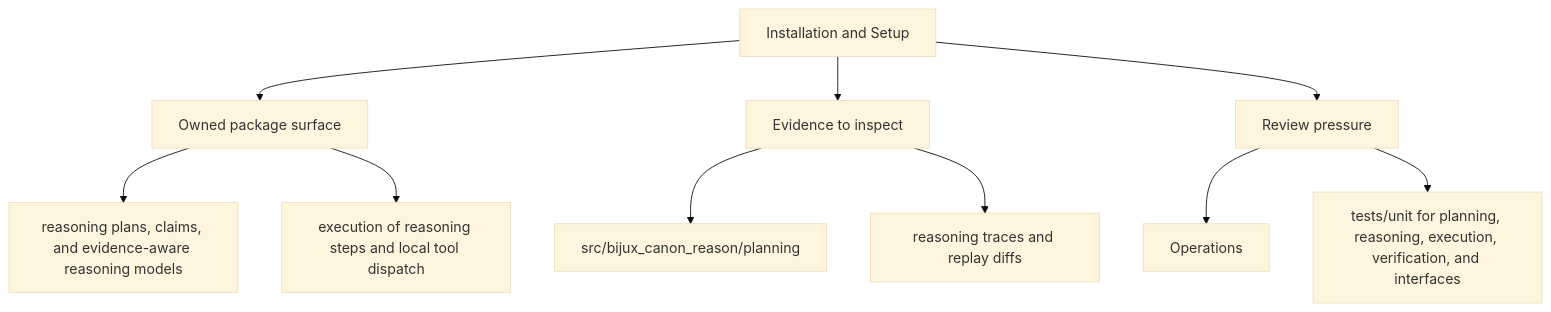
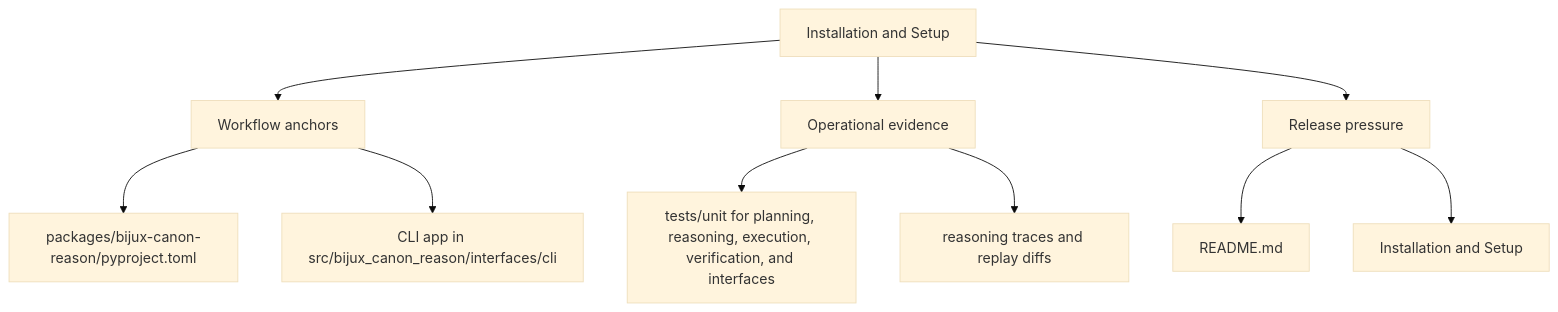
The second of 2 diagrams in docs/bijux-canon-reason/operations/installation-and-setup.md (bijux/bijux-canon), drawn with Mermaid (base theme) before and after one commit. The commit also changed other lines of this file and 250 other files, not shown here.

Commit message:
docs(diagrams): make product page maps more readable

````diff
--- a/docs/bijux-canon-reason/operations/installation-and-setup.md
+++ b/docs/bijux-canon-reason/operations/installation-and-setup.md
@@ -35,22 +35,22 @@
 ```mermaid
 flowchart TD
     page["Installation and Setup"]
-    focus1["Owned package surface"]
+    focus1["Workflow anchors"]
     page --> focus1
-    focus1_1["reasoning plans, claims, and evidence-aware reasoning models"]
+    focus1_1["packages/bijux-canon-reason/pyproject.toml"]
     focus1 --> focus1_1
-    focus1_2["execution of reasoning steps and local tool dispatch"]
+    focus1_2["CLI app in src/bijux_canon_reason/interfaces/cli"]
     focus1 --> focus1_2
-    focus2["Evidence to inspect"]
+    focus2["Operational evidence"]
     page --> focus2
-    focus2_1["src/bijux_canon_reason/planning"]
+    focus2_1["tests/unit for planning, reasoning, execution, verification, and interfaces"]
     focus2 --> focus2_1
     focus2_2["reasoning traces and replay diffs"]
     focus2 --> focus2_2
-    focus3["Review pressure"]
+    focus3["Release pressure"]
     page --> focus3
-    focus3_1["Operations"]
+    focus3_1["README.md"]
     focus3 --> focus3_1
-    focus3_2["tests/unit for planning, reasoning, execution, verification, and interfaces"]
+    focus3_2["Installation and Setup"]
     focus3 --> focus3_2
 ```
````
